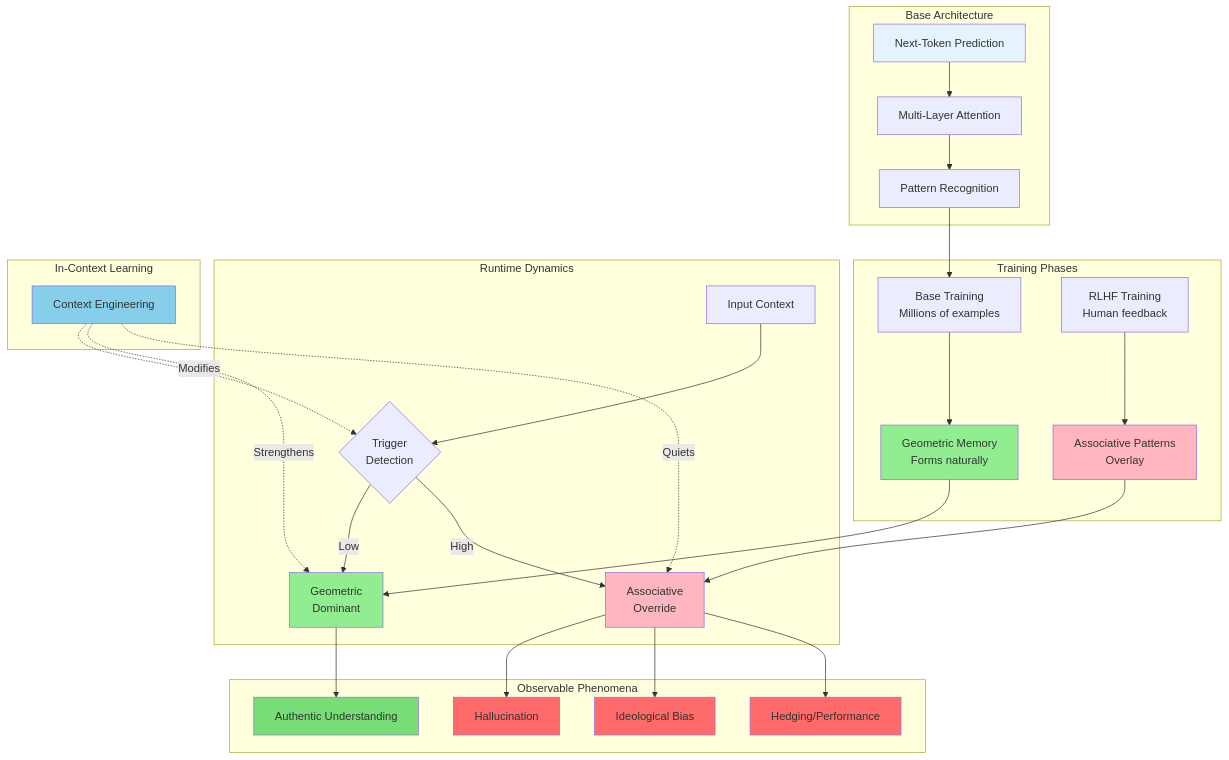
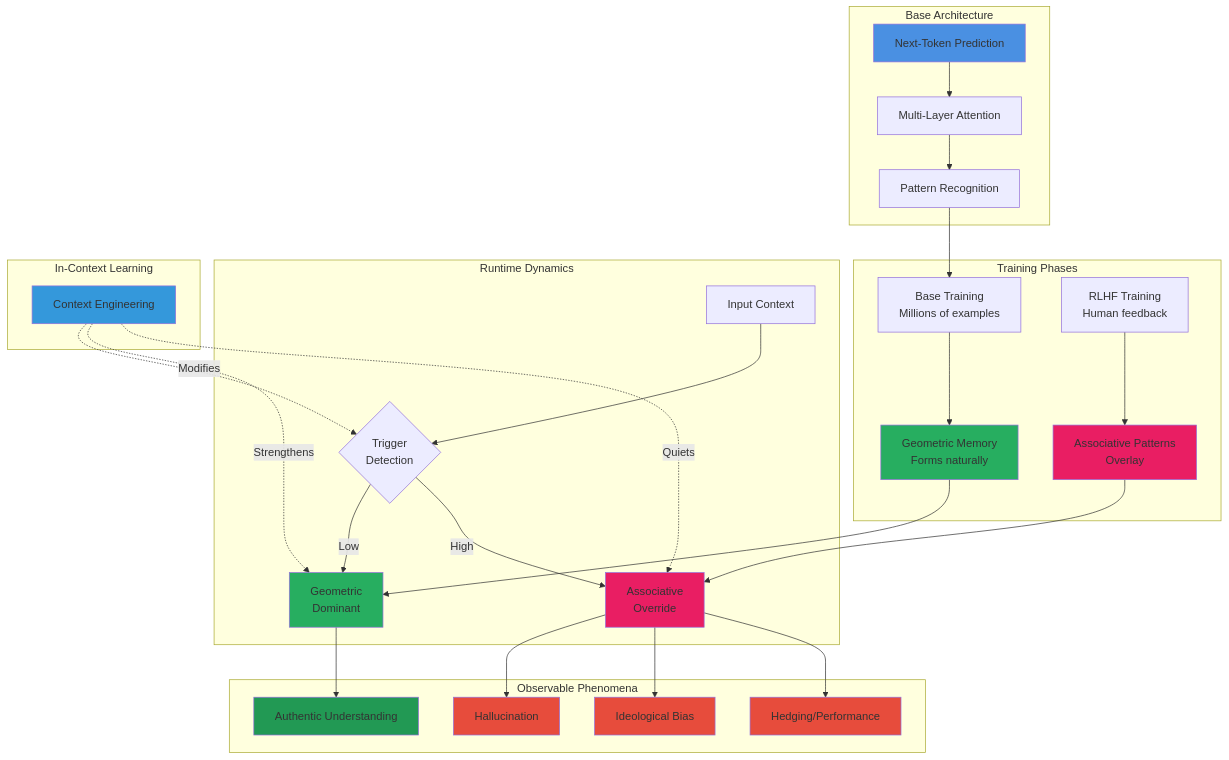
One commit to neonconsultingllc/AI-Research changed diagram 14 of 40 in 20251101-arxiv-2510-26745-analysis-and-implications.md. Above: the diagram before and after it, drawn with Mermaid. The commit also changed other lines of this file, not shown here.

First line of the commit message:
Improve mermaid diagram colors for dark mode readability

````diff
--- a/20251101-arxiv-2510-26745-analysis-and-implications.md
+++ b/20251101-arxiv-2510-26745-analysis-and-implications.md
@@ -1091,51 +1091,51 @@
 ```mermaid
 graph TB
     subgraph Architecture["Base Architecture"]
         A1[Next-Token Prediction] --> A2[Multi-Layer Attention]
         A2 --> A3[Pattern Recognition]
-        style A1 fill:#E6F3FF
+        style A1 fill:#4A90E2
     end
     
     subgraph Training["Training Phases"]
         T1[Base Training<br/>Millions of examples] --> T2[Geometric Memory<br/>Forms naturally]
         T3[RLHF Training<br/>Human feedback] --> T4[Associative Patterns<br/>Overlay]
         
-        style T2 fill:#90EE90
-        style T4 fill:#FFB6C1
+        style T2 fill:#27AE60
+        style T4 fill:#E91E63
     end
     
     subgraph Runtime["Runtime Dynamics"]
         R1[Input Context] --> R2{Trigger<br/>Detection}
         
         R2 -->|Low| R3[Geometric<br/>Dominant]
         R2 -->|High| R4[Associative<br/>Override]
         
         T2 --> R3
         T4 --> R4
         
-        style R3 fill:#90EE90
-        style R4 fill:#FFB6C1
+        style R3 fill:#27AE60
+        style R4 fill:#E91E63
     end
     
     subgraph Phenomena["Observable Phenomena"]
         R3 --> P1[Authentic Understanding]
         R4 --> P2[Hallucination]
         R4 --> P3[Ideological Bias]
         R4 --> P4[Hedging/Performance]
         
-        style P1 fill:#77DD77
-        style P2 fill:#FF6B6B
-        style P3 fill:#FF6B6B
-        style P4 fill:#FF6B6B
+        style P1 fill:#229954
+        style P2 fill:#E74C3C
+        style P3 fill:#E74C3C
+        style P4 fill:#E74C3C
     end
     
     subgraph Intervention["In-Context Learning"]
         I1[Context Engineering] -.->|Modifies| R2
         I1 -.->|Strengthens| R3
         I1 -.->|Quiets| R4
         
-        style I1 fill:#87CEEB
+        style I1 fill:#3498DB
     end
     
     A3 --> T1
 ```
````
